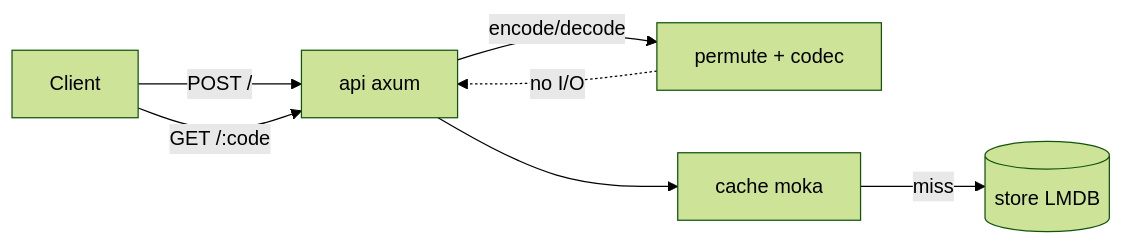
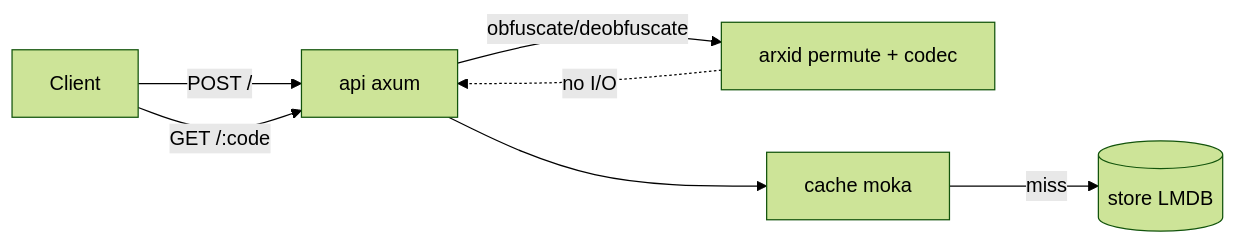
Before and after one commit to lucasolopes/quark: the first of 3 diagrams in README.PT_BR.md, drawn with Mermaid (forest theme). The commit also changed other lines of this file and 24 other files, not shown here.

First line of the commit message:
feat: replace in-tree permute/codec with the arxid crate (LUC-149) (#72)

````diff
--- a/README.PT_BR.md
+++ b/README.PT_BR.md
@@ -65,9 +65,9 @@
 ```mermaid
 flowchart LR
     C[Client] -->|POST /| API[api axum]
     C -->|GET /:code| API
-    API -->|encode/decode| P[permute + codec]
+    API -->|obfuscate/deobfuscate| P[arxid permute + codec]
     API --> CA[cache moka]
     CA -->|miss| ST[(store LMDB)]
     P -.no I/O.-> API
 ```
````
